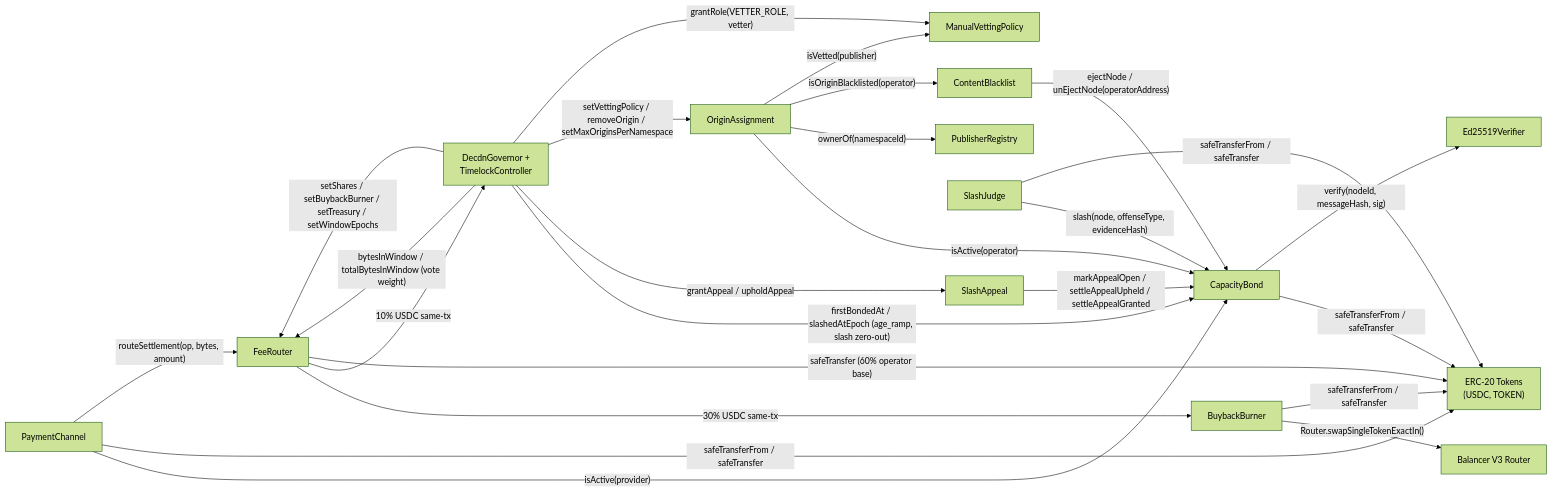
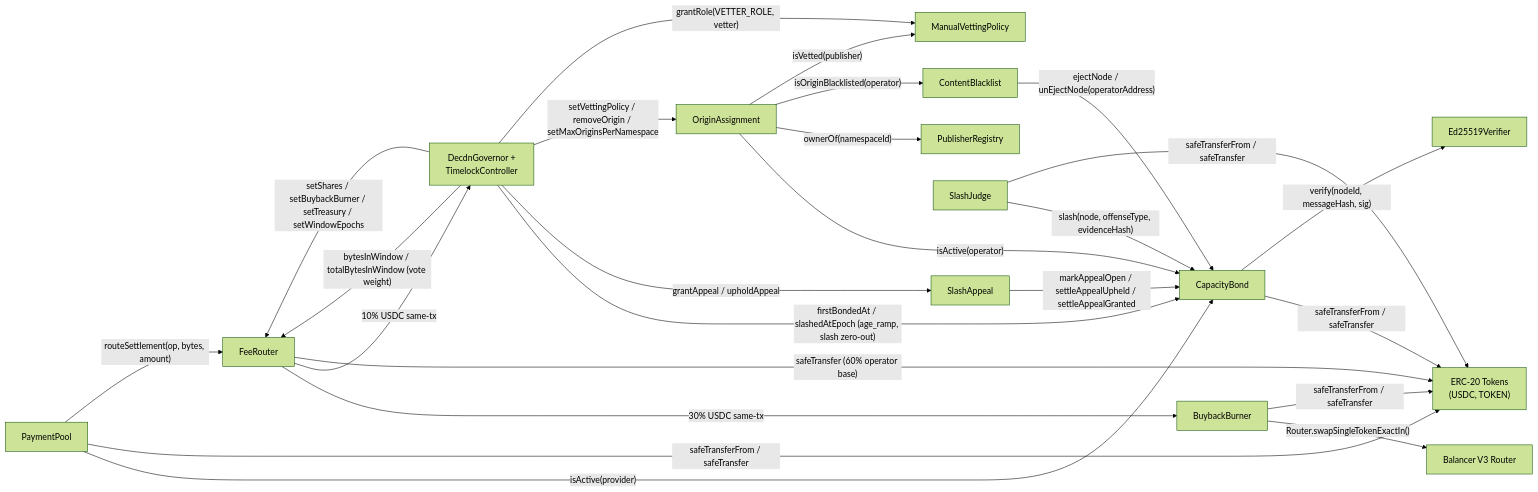
The third of 5 diagrams in adr/016-contract-interactions.md (decdn/decdn), drawn with Mermaid (forest theme) before and after one commit. The commit also changed other lines of this file and 29 other files, not shown here.

First line of the commit message:
docs(adr): adopt shared payment pool over pairwise channels (#1650)

````diff
--- a/adr/016-contract-interactions.md
+++ b/adr/016-contract-interactions.md
@@ -410,42 +414,42 @@
 ```mermaid
 graph LR
-    SPC["PaymentChannel"]
+    SPC["PaymentPool"]
     CBOND["CapacityBond"]
     CB["ContentBlacklist"]
     PR["PublisherRegistry"]
     OA["OriginAssignment"]
     MVP["ManualVettingPolicy"]
     SJ["SlashJudge"]
     BB["BuybackBurner"]
     FR["FeeRouter"]
     SA["SlashAppeal"]
     GOV["DecdnGovernor +<br/>TimelockController"]
     ERC["ERC-20 Tokens<br/>(USDC, TOKEN)"]
     BAL["Balancer V3 Router"]
     ED["Ed25519Verifier"]
 
     SPC -->|"isActive(provider)"| CBOND
     SPC -->|"safeTransferFrom / safeTransfer"| ERC
     SPC -->|"routeSettlement(op, bytes, amount)"| FR
     FR -->|"30% USDC same-tx"| BB
     FR -->|"10% USDC same-tx"| GOV
     FR -->|"safeTransfer (60% operator base)"| ERC
     GOV -->|"bytesInWindow / totalBytesInWindow (vote weight)"| FR
     GOV -->|"firstBondedAt / slashedAtEpoch (age_ramp, slash zero-out)"| CBOND
     GOV -->|"grantAppeal / upholdAppeal"| SA
     GOV -->|"setShares / setBuybackBurner / setTreasury / setWindowEpochs"| FR
     CB -->|"ejectNode / unEjectNode(operatorAddress)"| CBOND
     OA -->|"isActive(operator)"| CBOND
     OA -->|"ownerOf(namespaceId)"| PR
     OA -->|"isOriginBlacklisted(operator)"| CB
     OA -->|"isVetted(publisher)"| MVP
     GOV -->|"setVettingPolicy / removeOrigin / setMaxOriginsPerNamespace"| OA
     GOV -->|"grantRole(VETTER_ROLE, vetter)"| MVP
     SJ -->|"slash(node, offenseType, evidenceHash)"| CBOND
     SJ -->|"safeTransferFrom / safeTransfer"| ERC
     CBOND -->|"safeTransferFrom / safeTransfer"| ERC
     CBOND -->|"verify(nodeId, messageHash, sig)"| ED
     SA -->|"markAppealOpen / settleAppealUpheld / settleAppealGranted"| CBOND
     BB -->|"Router.swapSingleTokenExactIn()"| BAL
     BB -->|"safeTransferFrom / safeTransfer"| ERC
 ```
````
